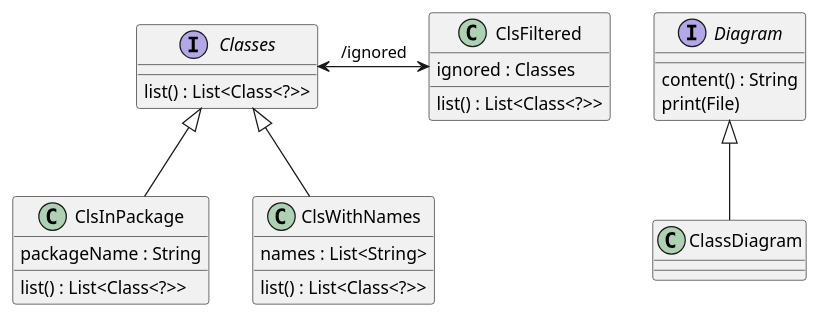
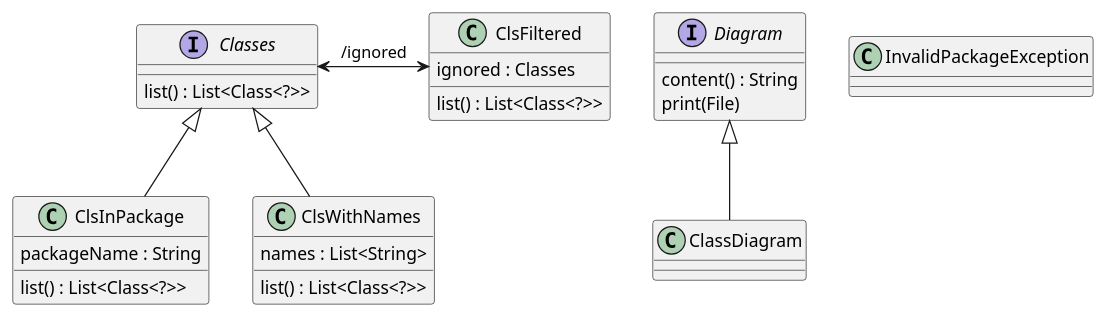
One commit to RoRoche/eo-plantuml-builder changed the diagram in diagrams/class_diagram.plantuml. Above: the diagram before and after it, drawn with PlantUML. The commit also changed 14 other files, not shown here.

```diff
--- a/diagrams/class_diagram.plantuml
+++ b/diagrams/class_diagram.plantuml
@@ -1,34 +1,36 @@
 @startuml
 
 class "ClassDiagram"
 
 interface "Classes" {
   list() : List<Class<?>>
 }
 
 class "ClsFiltered" {
   ignored : Classes
   list() : List<Class<?>>
 }
 
 class "ClsInPackage" {
   packageName : String
   list() : List<Class<?>>
 }
 
 class "ClsWithNames" {
   names : List<String>
   list() : List<Class<?>>
 }
 
 interface "Diagram" {
   content() : String
   print(File)
 }
 
+class "InvalidPackageException"
+
 "Classes" <-> "ClsFiltered" : /ignored
 "Classes" <|-- "ClsInPackage"
 "Classes" <|-- "ClsWithNames"
 "Diagram" <|-- "ClassDiagram"
 
 @enduml
```
